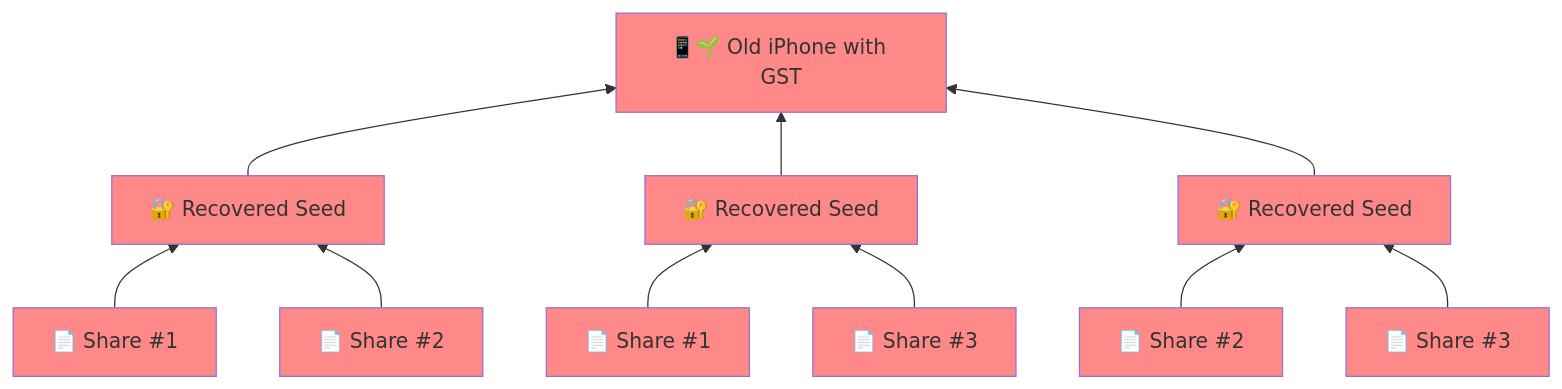
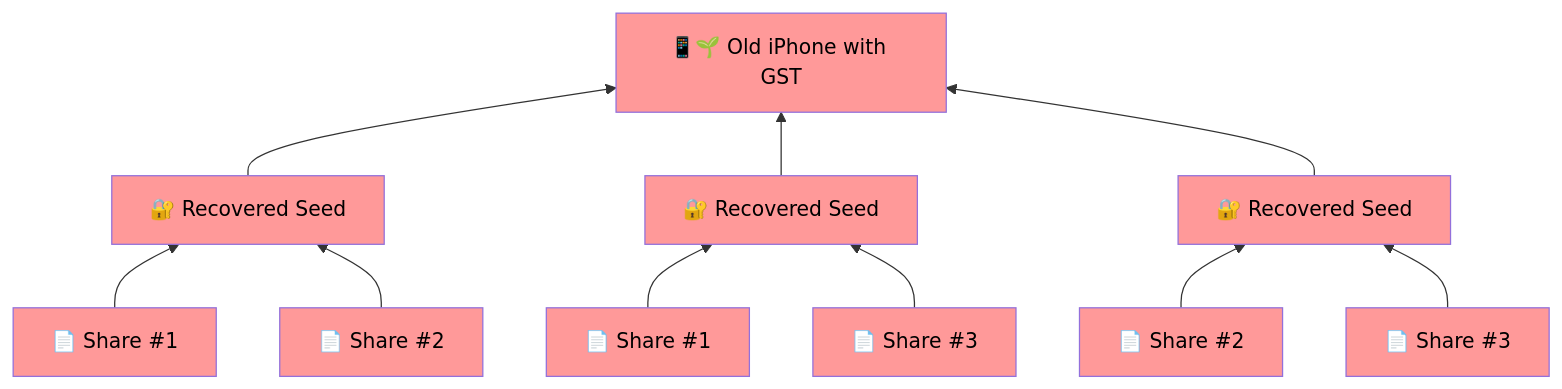
Diagram 13 of 26 in Docs/Scenario-Multisig.md (BlockchainCommons/SmartCustody), drawn with Mermaid before and after one commit. The commit also changed other lines of this file, not shown here.

````diff
--- a/Docs/Scenario-Multisig.md
+++ b/Docs/Scenario-Multisig.md
@@ -479,34 +479,34 @@
 ```mermaid
     graph BT;
     A["📱🌱 Old iPhone with GST"]
     B["🔐 Recovered Seed"]
     C["📄 Share #1"]
     D["📄 Share #2"]
     E["🔐 Recovered Seed"]
     F["📄 Share #1"]
     G["📄 Share #3"]
     H["🔐 Recovered Seed"]
     I["📄 Share #2"]
     J["📄 Share #3"]
     
     B-->A
     E-->A
     H-->A
     C-->B
     D-->B
     F-->E
     G-->E
     I-->H
     J-->H
   
-    style A fill:#ff8888;
-    style B fill:#ff8888;
-    style C fill:#ff8888;
-    style D fill:#ff8888;
-    style E fill:#ff8888;
-    style F fill:#ff8888;
-    style G fill:#ff8888;
-    style H fill:#ff8888;
-    style I fill:#ff8888;
-    style J fill:#ff8888;
+    style A color:#000,fill:#ff9999;
+    style B color:#000,fill:#ff9999;
+    style C color:#000,fill:#ff9999;
+    style D color:#000,fill:#ff9999;
+    style E color:#000,fill:#ff9999;
+    style F color:#000,fill:#ff9999;
+    style G color:#000,fill:#ff9999;
+    style H color:#000,fill:#ff9999;
+    style I color:#000,fill:#ff9999;
+    style J color:#000,fill:#ff9999;
 ```
````
